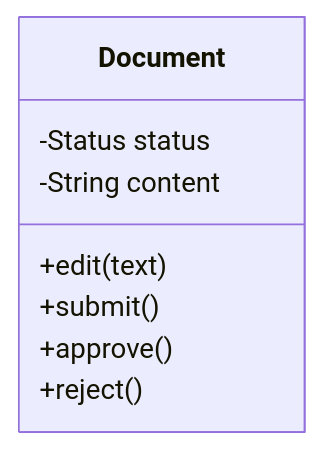
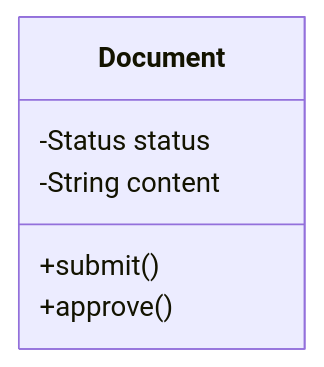
The second of 5 diagrams in POST_READ.md (dikshant-dwivedi/state-pattern-document-workflow), drawn with Mermaid before and after one commit. The commit also changed other lines of this file, not shown here.

````diff
--- a/POST_READ.md
+++ b/POST_READ.md
@@ -135,11 +353,9 @@
 ```mermaid
 classDiagram
     class Document {
-      -Status status
-      -String content
-      +edit(text)
-      +submit()
-      +approve()
-      +reject()
+        -Status status
+        -String content
+        +submit()
+        +approve()
     }
 ```
````
